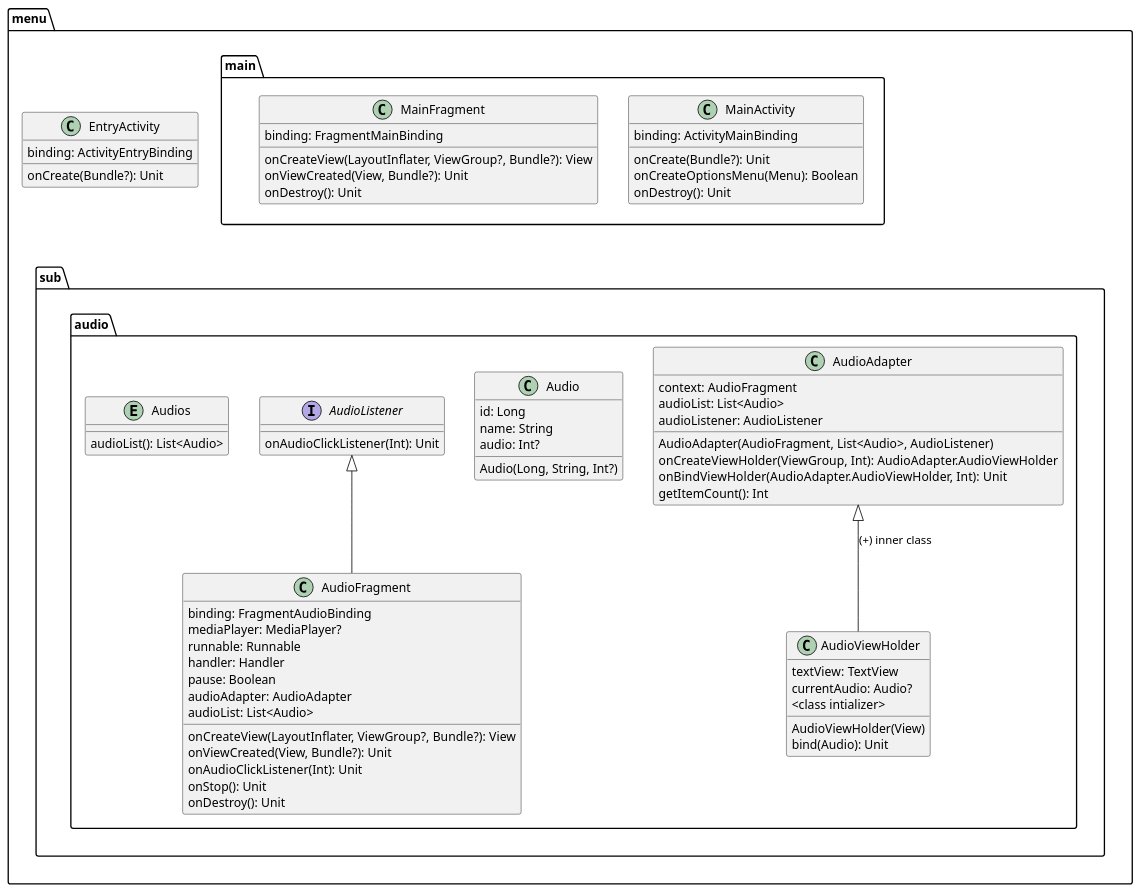
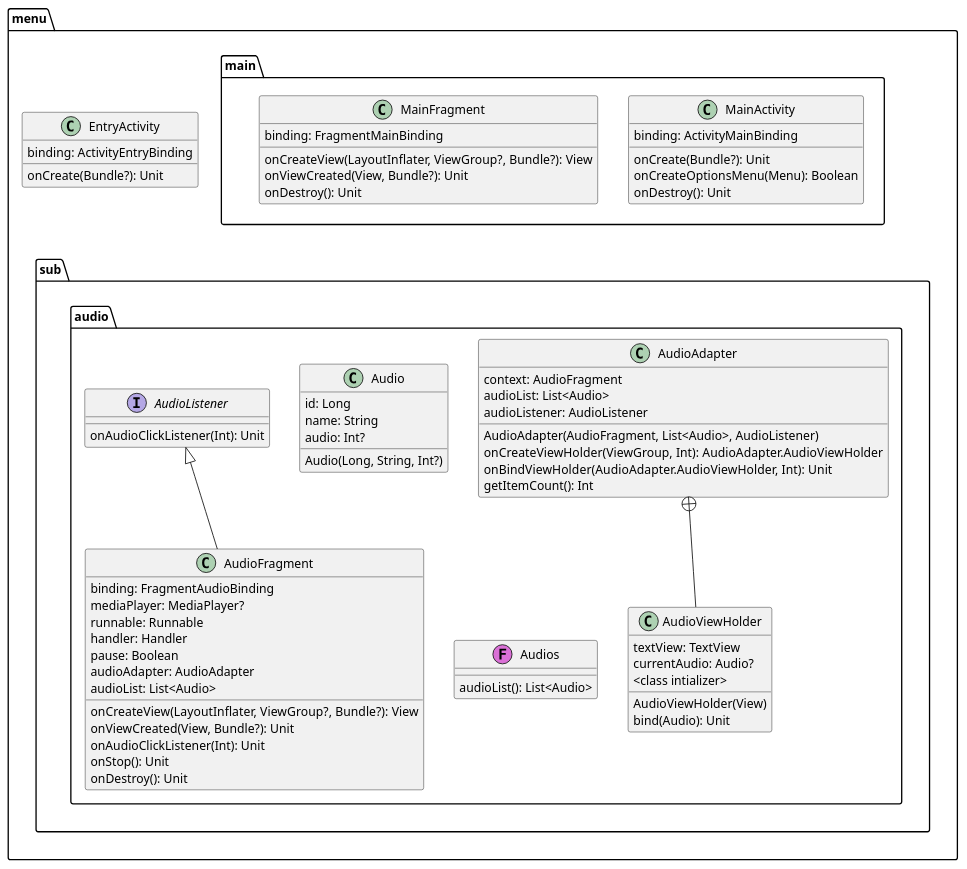
The diagram in Documents/classesAudioUML.puml (vertigonale/botify2), drawn with PlantUML before and after one commit.

Commit message:
update audio package state diagram

```diff
--- a/Documents/classesAudioUML.puml
+++ b/Documents/classesAudioUML.puml
@@ -1,91 +1,95 @@
 @startuml
 'comment
 
 ' packages
 package "menu" {
 
     class EntryActivity {
         binding: ActivityEntryBinding
     ' TODO should "Unit" be omitted? it basically means "void"
         onCreate(Bundle?): Unit
     }
 
     package "main" {
 
         class MainActivity {
             binding: ActivityMainBinding
             onCreate(Bundle?): Unit
             onCreateOptionsMenu(Menu): Boolean
             onDestroy(): Unit
         }
 
         class MainFragment {
             binding: FragmentMainBinding
             onCreateView(LayoutInflater, ViewGroup?, Bundle?): View
             onViewCreated(View, Bundle?): Unit
             onDestroy(): Unit
         }
     }
 
     package "sub" {
         package "audio" {
 
             class AudioFragment {
                 binding: FragmentAudioBinding
                 mediaPlayer: MediaPlayer?
                 runnable: Runnable
                 handler: Handler
                 pause: Boolean
                 audioAdapter: AudioAdapter
                 audioList: List<Audio>
                 onCreateView(LayoutInflater, ViewGroup?, Bundle?): View
                 onViewCreated(View, Bundle?): Unit
                 onAudioClickListener(Int): Unit
                 onStop(): Unit
                 onDestroy(): Unit
             }
 
             class AudioAdapter {
                 context: AudioFragment
                 audioList: List<Audio>
                 audioListener: AudioListener
                 AudioAdapter(AudioFragment, List<Audio>, AudioListener)
                 onCreateViewHolder(ViewGroup, Int): AudioAdapter.AudioViewHolder
                 onBindViewHolder(AudioAdapter.AudioViewHolder, Int): Unit
                 getItemCount(): Int
             }
 
             class AudioViewHolder {
                 textView: TextView
                 currentAudio: Audio?
             ' TODO what to do with this pain in the ass?
                 <class intializer>
                 AudioViewHolder(View)
                 bind(Audio): Unit
             }
 
             class Audio {
                 id: Long
                 name: String
                 audio: Int?
                 Audio(Long, String, Int?)
             }
 
             interface AudioListener {
                 onAudioClickListener(Int): Unit
             }
             'TODO how to handle "Audios.kt"
-            entity Audios {
+            class Audios <<(F,orchid)>> {
                 audioList(): List<Audio>
+
             }
+            'note left: "F" for "File"
         }
     }
 }
 
 ' dependencies
     AudioListener <|-- AudioFragment
-    AudioAdapter <|-- AudioViewHolder : (+) inner class
+    AudioAdapter +-- AudioViewHolder
 
 ' output layout
     main-down[hidden]-sub
+    Audio-down[hidden]-Audios
+'    AudioAdapter-down[hidden]-Audio
 @enduml
```
